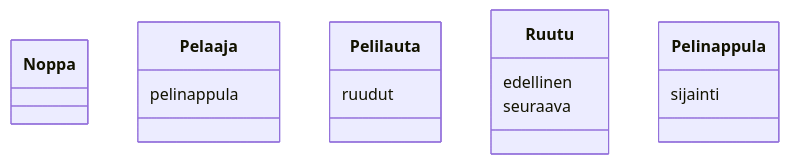
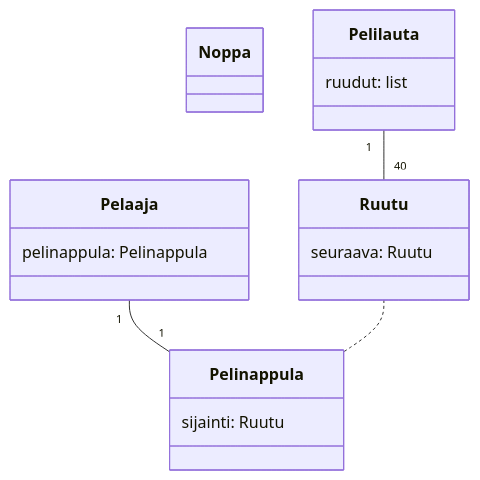
One commit to eemilhaa/ot-harjoitustyo changed the diagram in laskarit/viikko3/monopoli.md. Above: the diagram before and after it, drawn with Mermaid.

````diff
--- a/laskarit/viikko3/monopoli.md
+++ b/laskarit/viikko3/monopoli.md
@@ -2,17 +2,19 @@
 ```mermaid
 classDiagram
   class Noppa
   class Pelaaja{
-    pelinappula
+    pelinappula: Pelinappula
   }
   class Pelilauta {
-    ruudut
+    ruudut: list
   }
   class Ruutu{
-    edellinen
-    seuraava
+    seuraava: Ruutu
   }
   class Pelinappula {
-    sijainti
+    sijainti: Ruutu
   }
+  Pelaaja "1"--"1" Pelinappula
+  Ruutu .. Pelinappula
+  Pelilauta "1"--"40" Ruutu
 ```
````
